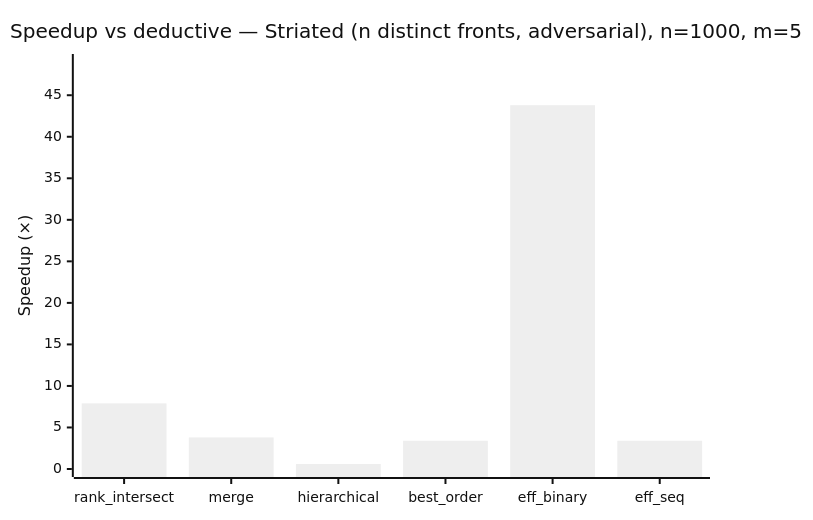
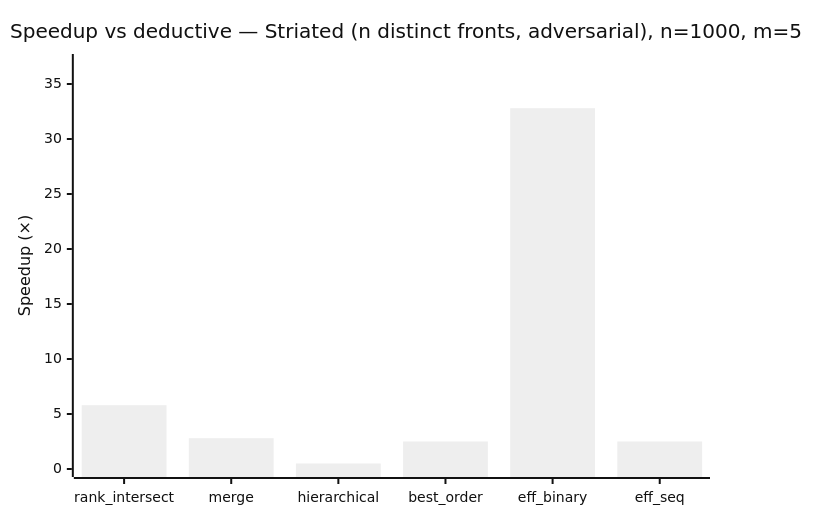
One commit to foolnotion/ndsort changed the fourth of 8 diagrams in BENCHMARKS.md. Above: the diagram before and after it, drawn with Mermaid (neutral theme). The commit also changed other lines of this file and 4 other files, not shown here.

````diff
--- a/BENCHMARKS.md
+++ b/BENCHMARKS.md
@@ -123,7 +120,7 @@
 ```mermaid
 xychart-beta
     title "Speedup vs deductive — Striated (n distinct fronts, adversarial), n=1000, m=5"
     x-axis ["rank_intersect", "merge", "hierarchical", "best_order", "eff_binary", "eff_seq"]
-    y-axis "Speedup (×)" 0 --> 49
-    bar [7.9, 3.8, 0.6, 3.4, 43.8, 3.4]
+    y-axis "Speedup (×)" 0 --> 37
+    bar [5.8, 2.8, 0.5, 2.5, 32.8, 2.5]
 ```
````
